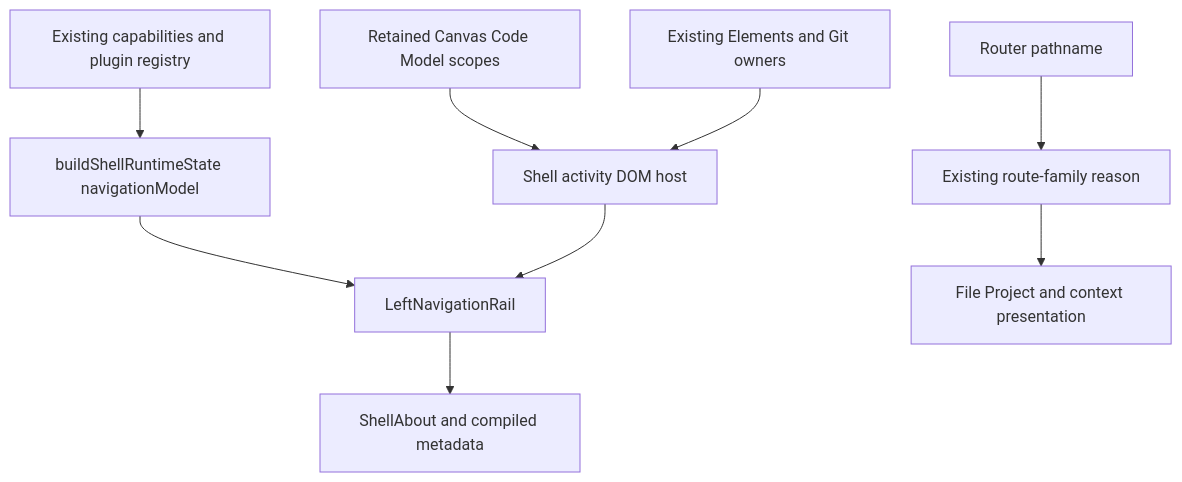
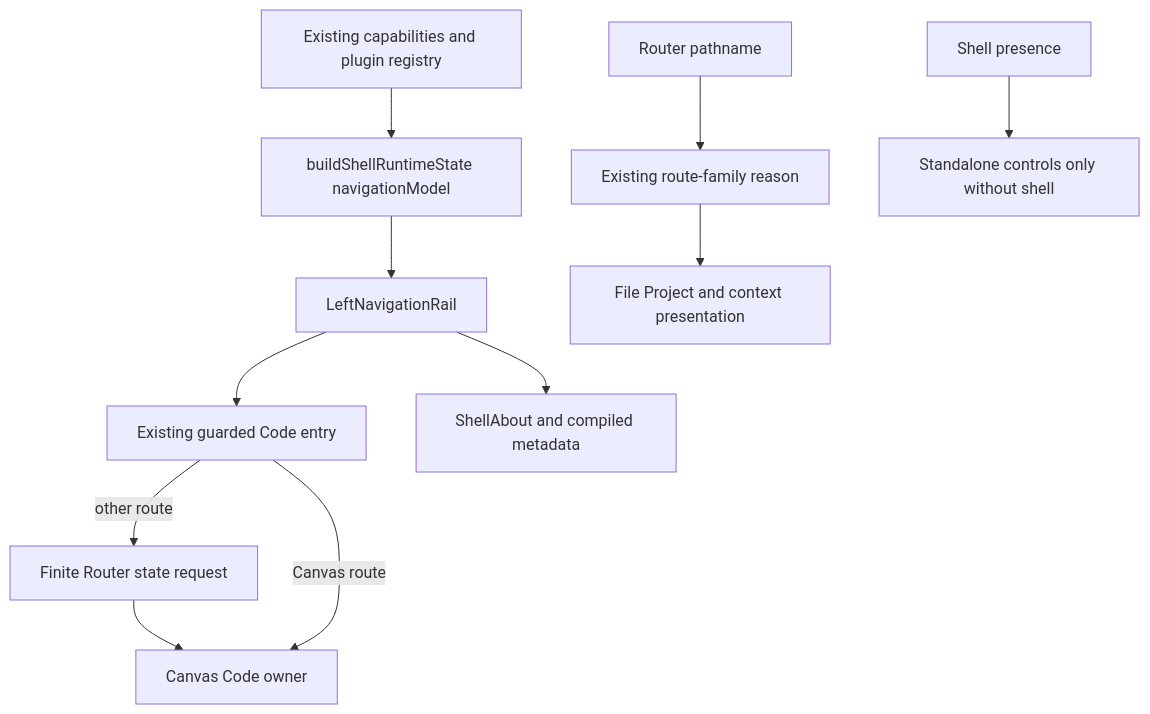
Before and after one commit to dunay2/dvt: the second of 2 diagrams in docs/architecture/components/web/shell-navigation-disposition-component.md, drawn with Mermaid. The commit also changed other lines of this file and 30 other files, not shown here.

Commit message:
fix(web): Retain shell navigation across protected route changes

````diff
--- a/docs/architecture/components/web/shell-navigation-disposition-component.md
+++ b/docs/architecture/components/web/shell-navigation-disposition-component.md
@@ -91,11 +97,13 @@
 ```mermaid
 flowchart TD
   Capabilities[Existing capabilities and plugin registry] --> Model[buildShellRuntimeState navigationModel]
   Model --> Rail[LeftNavigationRail]
   Router[Router pathname] --> Disposition[Existing route-family reason]
   Disposition --> TopBar[File Project and context presentation]
-  Surfaces[Retained Canvas Code Model scopes] --> Host[Shell activity DOM host]
-  Explorer[Existing Elements and Git owners] --> Host
-  Host --> Rail
+  Rail --> Git[Existing guarded Code entry]
+  Git -->|other route| Intent[Finite Router state request]
+  Intent --> Owner[Canvas Code owner]
+  Git -->|Canvas route| Owner
+  Presence[Shell presence] --> Explorer[Standalone controls only without shell]
   Rail --> About[ShellAbout and compiled metadata]
 ```
````
